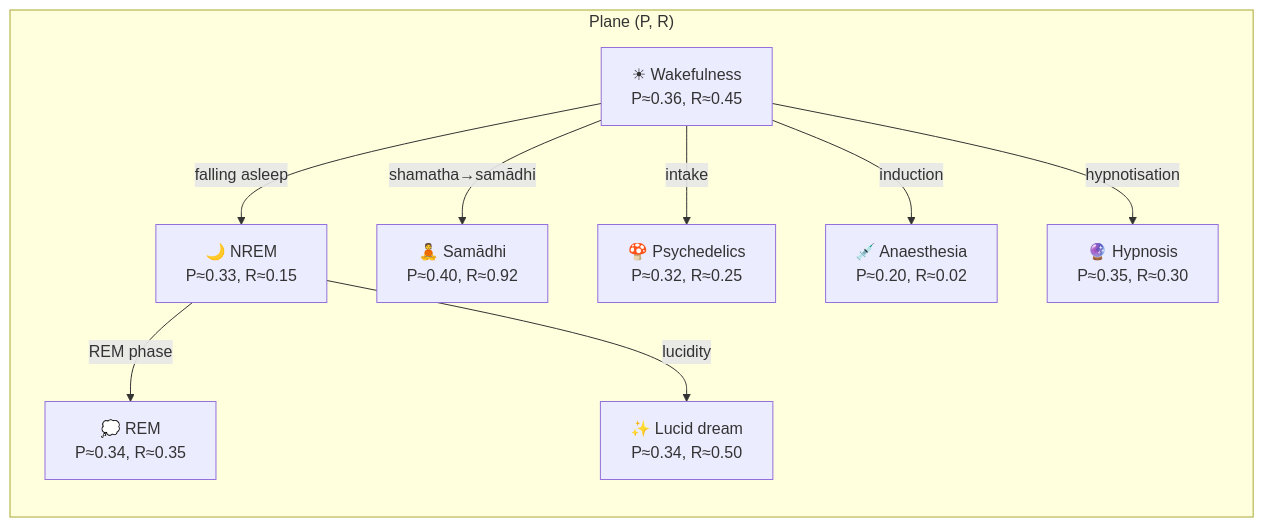
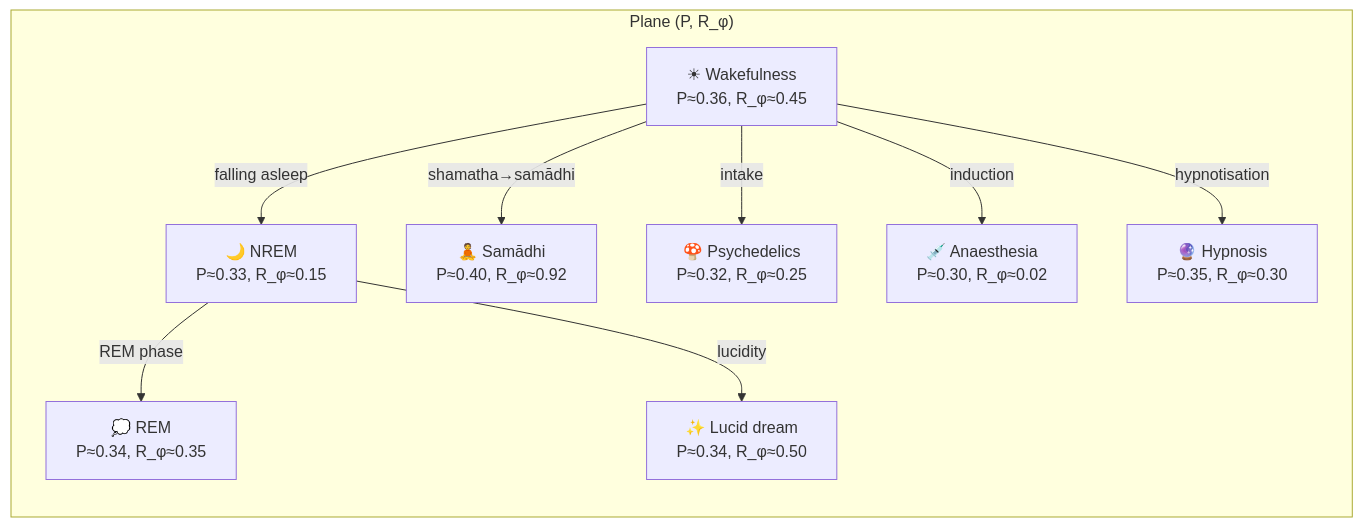
One commit to gst-st/uhm changed the first of 2 diagrams in website/docs/consciousness/states/altered-states.md. Above: the diagram before and after it, drawn with Mermaid. The commit also changed other lines of this file and 55 other files, not shown here.

````diff
--- a/website/docs/consciousness/states/altered-states.md
+++ b/website/docs/consciousness/states/altered-states.md
@@ -106,21 +106,21 @@
 ```mermaid
 graph LR
-    subgraph PR["Plane (P, R)"]
+    subgraph PR["Plane (P, R_φ)"]
         direction TB
-        W["☀ Wakefulness<br/>P≈0.36, R≈0.45"]
-        NREM["🌙 NREM<br/>P≈0.33, R≈0.15"]
-        REM["💭 REM<br/>P≈0.34, R≈0.35"]
-        MED["🧘 Samādhi<br/>P≈0.40, R≈0.92"]
-        PSY["🍄 Psychedelics<br/>P≈0.32, R≈0.25"]
-        AN["💉 Anaesthesia<br/>P≈0.20, R≈0.02"]
-        HYP["🔮 Hypnosis<br/>P≈0.35, R≈0.30"]
-        LD["✨ Lucid dream<br/>P≈0.34, R≈0.50"]
+        W["☀ Wakefulness<br/>P≈0.36, R_φ≈0.45"]
+        NREM["🌙 NREM<br/>P≈0.33, R_φ≈0.15"]
+        REM["💭 REM<br/>P≈0.34, R_φ≈0.35"]
+        MED["🧘 Samādhi<br/>P≈0.40, R_φ≈0.92"]
+        PSY["🍄 Psychedelics<br/>P≈0.32, R_φ≈0.25"]
+        AN["💉 Anaesthesia<br/>P≈0.30, R_φ≈0.02"]
+        HYP["🔮 Hypnosis<br/>P≈0.35, R_φ≈0.30"]
+        LD["✨ Lucid dream<br/>P≈0.34, R_φ≈0.50"]
     end
     W -->|"falling asleep"| NREM
     NREM -->|"REM phase"| REM
     W -->|"shamatha→samādhi"| MED
     W -->|"intake"| PSY
     W -->|"induction"| AN
     W -->|"hypnotisation"| HYP
     NREM -->|"lucidity"| LD
 ```
````
